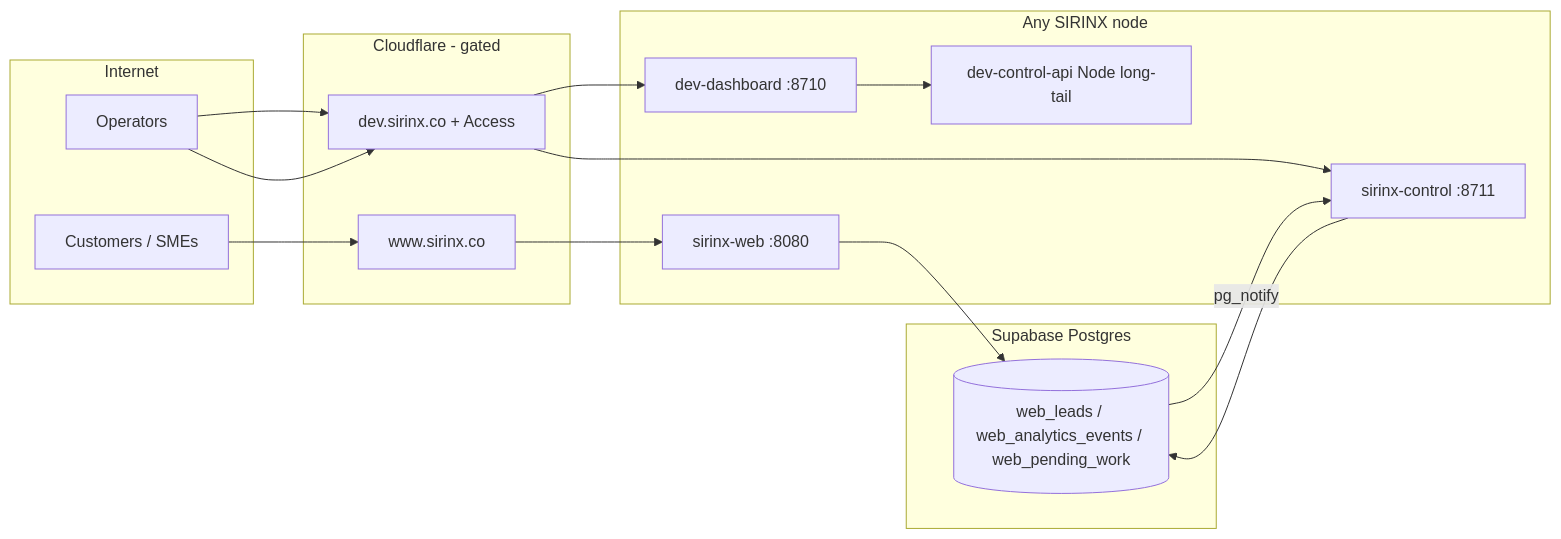
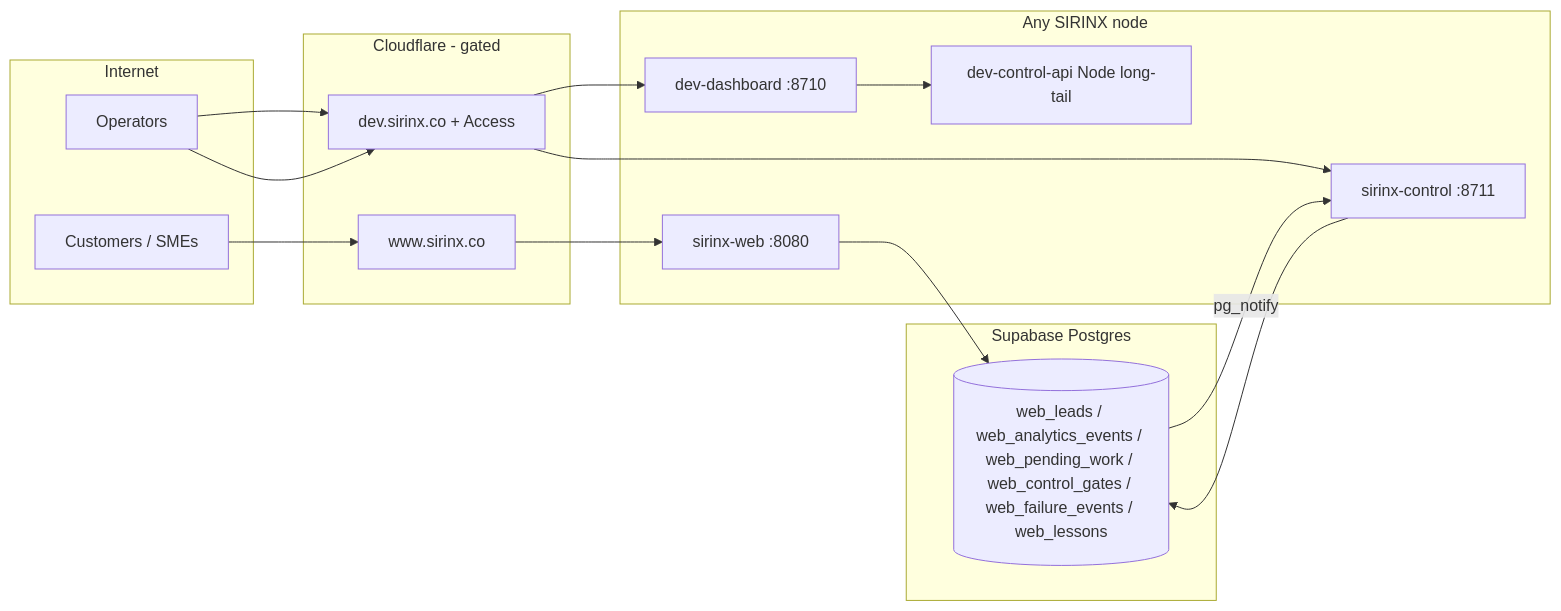
Before and after one commit to ton36475-lgtm/sirinx-co: the first of 4 diagrams in SYSTEM_ARCHITECTURE.md, drawn with Mermaid. The commit also changed other lines of this file and 36 other files, not shown here.

````diff
--- a/SYSTEM_ARCHITECTURE.md
+++ b/SYSTEM_ARCHITECTURE.md
@@ -7,27 +7,27 @@
 ```mermaid
 flowchart LR
     subgraph Internet
         C[Customers / SMEs]
         O[Operators]
     end
     subgraph Edge [Cloudflare - gated]
         CF[www.sirinx.co]
         CFA[dev.sirinx.co + Access]
     end
     subgraph Node [Any SIRINX node]
         W[sirinx-web :8080]
         K[sirinx-control :8711]
         D[dev-dashboard :8710]
         N[dev-control-api Node long-tail]
     end
     subgraph Data [Supabase Postgres]
-        DB[(web_leads / web_analytics_events / web_pending_work)]
+        DB[(web_leads / web_analytics_events / web_pending_work / web_control_gates / web_failure_events / web_lessons)]
     end
     C --> CF --> W
     O --> CFA --> K
     O --> CFA --> D
     W --> DB
     K --> DB
     D --> N
     DB -- pg_notify --> K
 ```
````
